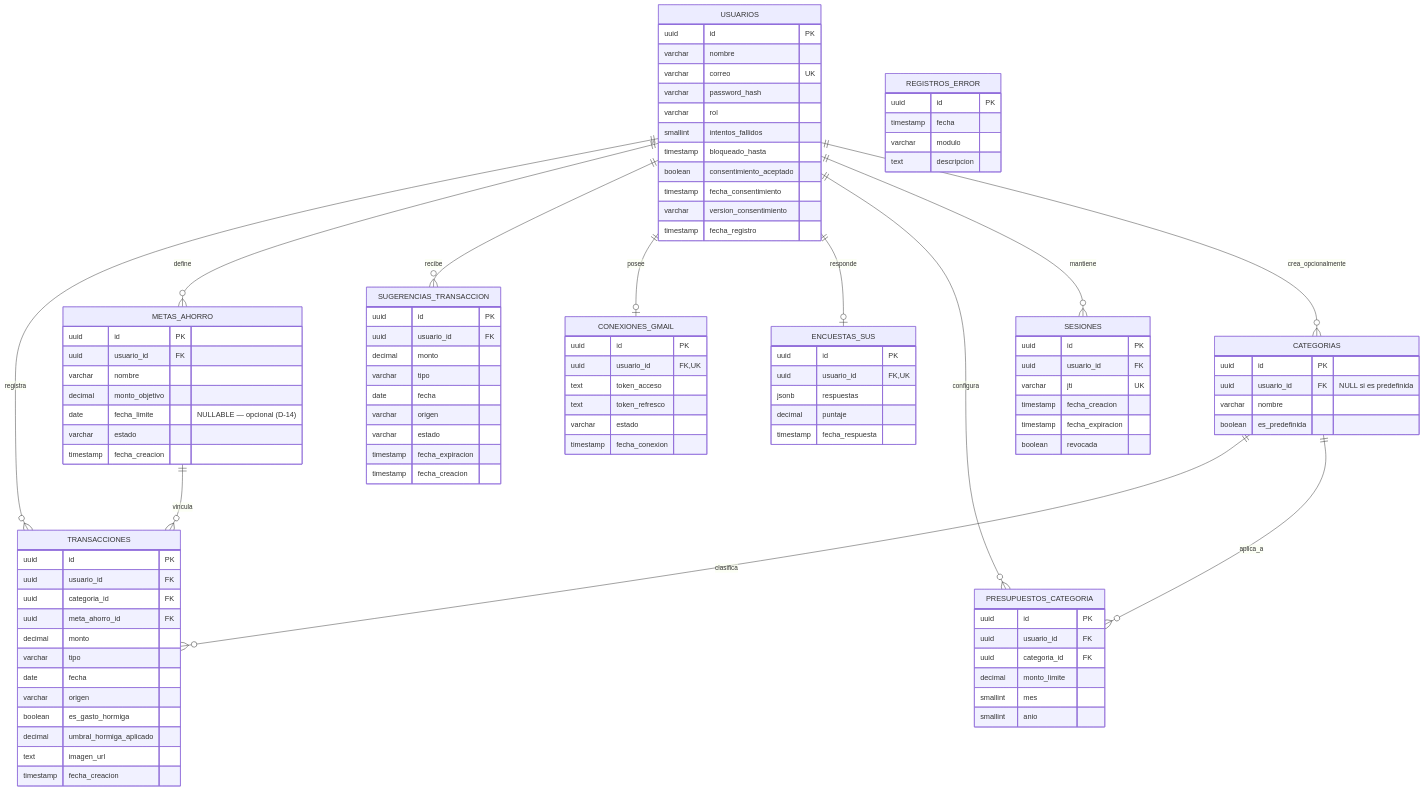
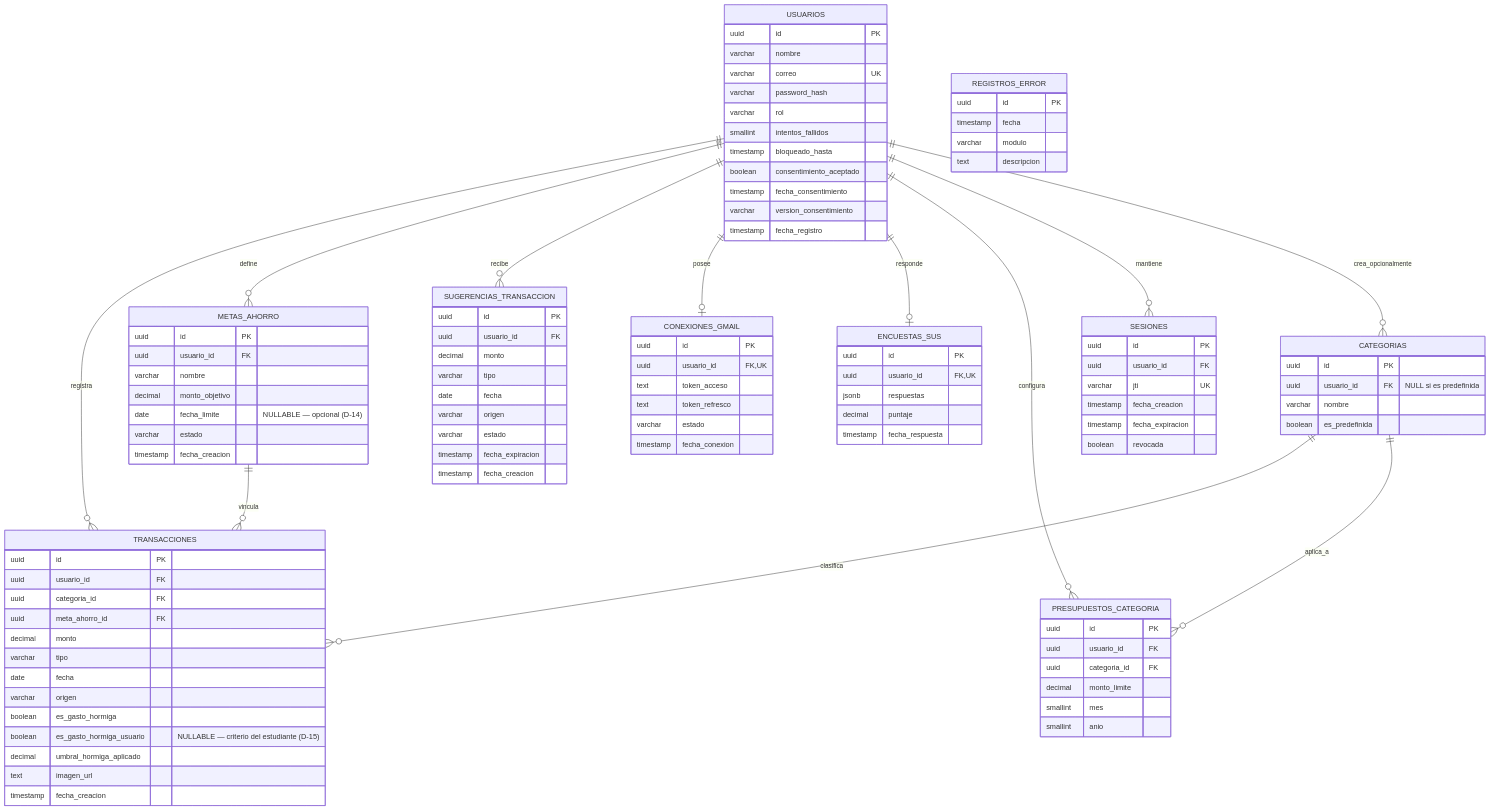
Before and after one commit to adlerOmonte1/MiFIBackend: the diagram in docs/DiagramaEntidadRelacion.md, drawn with Mermaid. The commit also changed other lines of this file and 6 other files, not shown here.

Commit message:
docs(cat-02): criterio propio de gasto hormiga junto a la marca automatica (RF-55, RF-56, D-15)

```diff
--- a/docs/DiagramaEntidadRelacion.md
+++ b/docs/DiagramaEntidadRelacion.md
@@ -49,6 +49,7 @@
         date fecha
         varchar origen
         boolean es_gasto_hormiga
+        boolean es_gasto_hormiga_usuario "NULLABLE — criterio del estudiante (D-15)"
         decimal umbral_hormiga_aplicado
         text imagen_url
         timestamp fecha_creacion
```
